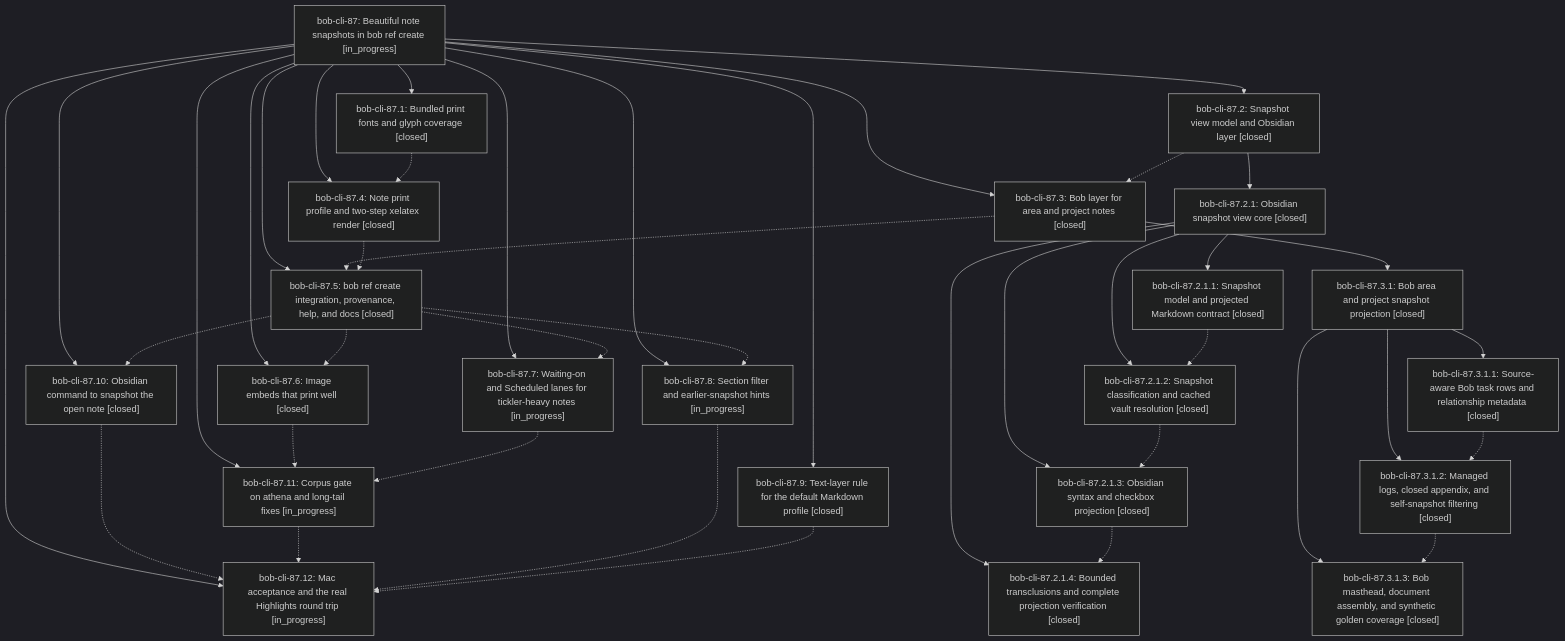
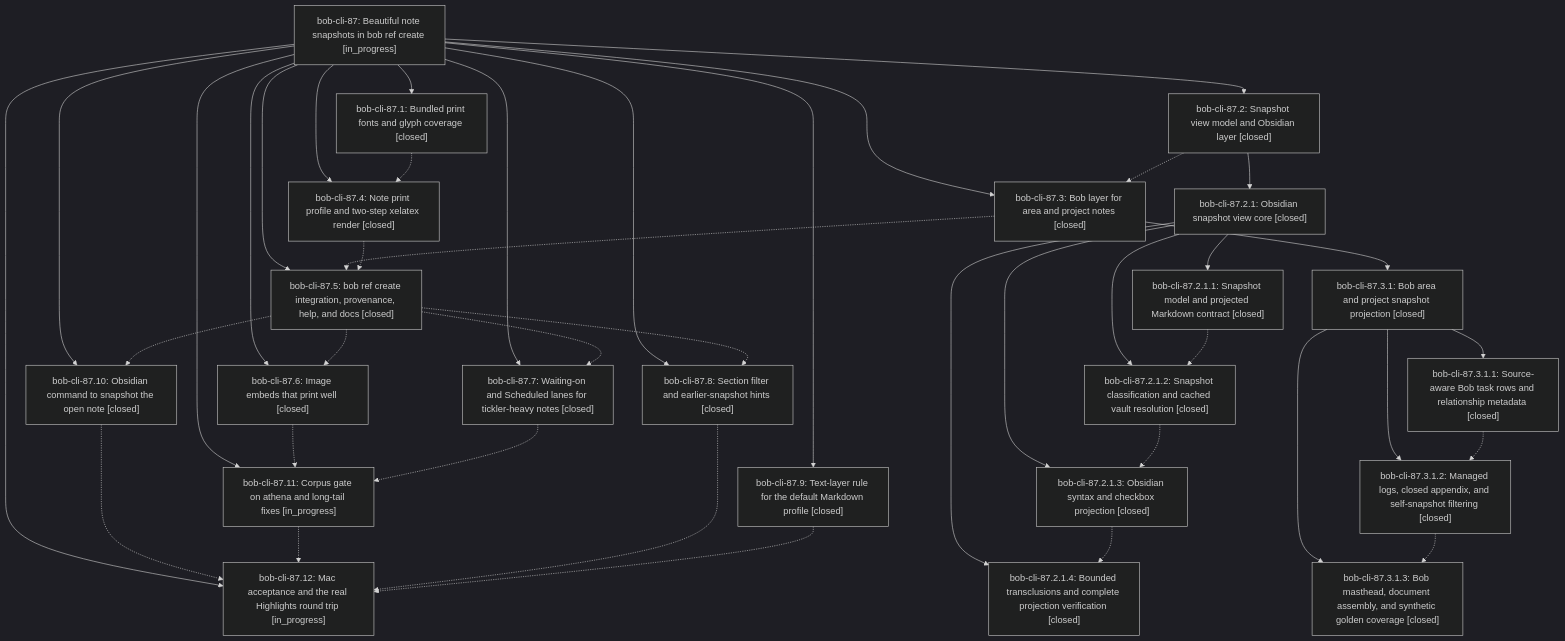
One commit to bobs-org/bob-cli--beads changed the diagram in pages/bob-cli-87/README.md. Above: the diagram before and after it, drawn with Mermaid (dark theme). The commit also changed other lines of this file and 7 other files, not shown here.

First line of the commit message:
chore(beads): sync bead state and pages for bob-cli-87

````diff
--- a/pages/bob-cli-87/README.md
+++ b/pages/bob-cli-87/README.md
@@ -55,65 +55,65 @@
 ```mermaid
 flowchart TD
     n0["bob-cli-87: Beautiful note snapshots in bob ref create [in_progress]"]
     n1["bob-cli-87.1: Bundled print fonts and glyph coverage [closed]"]
     n2["bob-cli-87.10: Obsidian command to snapshot the open note [closed]"]
     n3["bob-cli-87.11: Corpus gate on athena and long-tail fixes [in_progress]"]
     n4["bob-cli-87.12: Mac acceptance and the real Highlights round trip [in_progress]"]
     n5["bob-cli-87.2: Snapshot view model and Obsidian layer [closed]"]
     n6["bob-cli-87.2.1: Obsidian snapshot view core [closed]"]
     n7["bob-cli-87.2.1.1: Snapshot model and projected Markdown contract [closed]"]
     n8["bob-cli-87.2.1.2: Snapshot classification and cached vault resolution [closed]"]
     n9["bob-cli-87.2.1.3: Obsidian syntax and checkbox projection [closed]"]
     n10["bob-cli-87.2.1.4: Bounded transclusions and complete projection verification [closed]"]
     n11["bob-cli-87.3: Bob layer for area and project notes [closed]"]
     n12["bob-cli-87.3.1: Bob area and project snapshot projection [closed]"]
     n13["bob-cli-87.3.1.1: Source-aware Bob task rows and relationship metadata [closed]"]
     n14["bob-cli-87.3.1.2: Managed logs, closed appendix, and self-snapshot filtering [closed]"]
     n15["bob-cli-87.3.1.3: Bob masthead, document assembly, and synthetic golden coverage [closed]"]
     n16["bob-cli-87.4: Note print profile and two-step xelatex render [closed]"]
     n17["bob-cli-87.5: bob ref create integration, provenance, help, and docs [closed]"]
     n18["bob-cli-87.6: Image embeds that print well [closed]"]
-    n19["bob-cli-87.7: Waiting-on and Scheduled lanes for tickler-heavy notes [in_progress]"]
-    n20["bob-cli-87.8: Section filter and earlier-snapshot hints [in_progress]"]
+    n19["bob-cli-87.7: Waiting-on and Scheduled lanes for tickler-heavy notes [closed]"]
+    n20["bob-cli-87.8: Section filter and earlier-snapshot hints [closed]"]
     n21["bob-cli-87.9: Text-layer rule for the default Markdown profile [closed]"]
     n0 --> n1
     n0 --> n2
     n0 --> n3
     n0 --> n4
     n0 --> n5
     n5 --> n6
     n6 --> n7
     n6 --> n8
     n6 --> n9
     n6 --> n10
     n0 --> n11
     n11 --> n12
     n12 --> n13
     n12 --> n14
     n12 --> n15
     n0 --> n16
     n0 --> n17
     n0 --> n18
     n0 --> n19
     n0 --> n20
     n0 --> n21
     n1 -.-> n16
     n2 -.-> n4
     n3 -.-> n4
     n5 -.-> n11
     n7 -.-> n8
     n8 -.-> n9
     n9 -.-> n10
     n11 -.-> n17
     n13 -.-> n14
     n14 -.-> n15
     n16 -.-> n17
     n17 -.-> n2
     n17 -.-> n18
     n17 -.-> n19
     n17 -.-> n20
     n18 -.-> n3
     n19 -.-> n3
     n20 -.-> n4
     n21 -.-> n4
 ```
````
